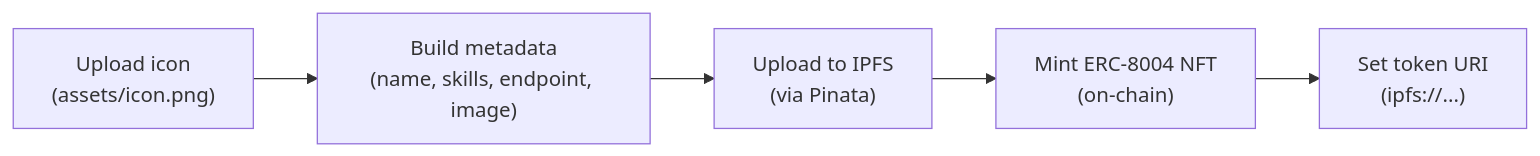
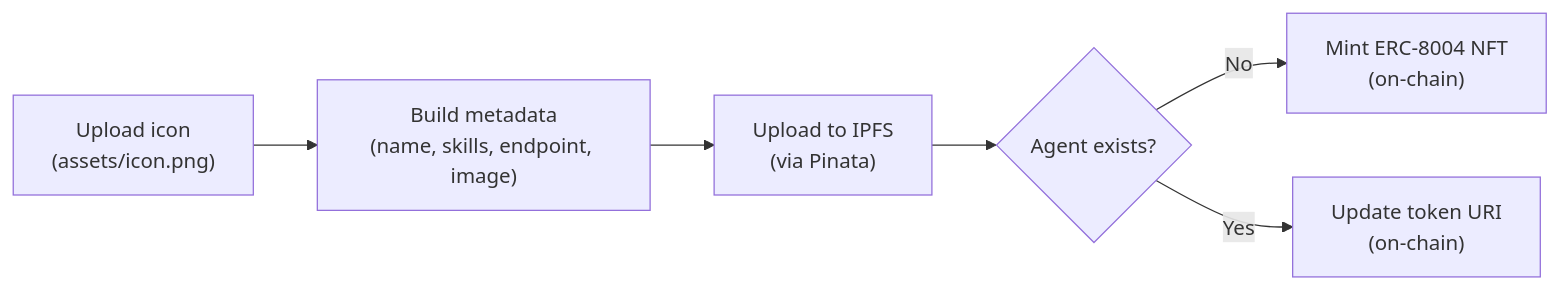
Before and after one commit to wgopar/a2a-x402-agent-template: the third of 4 diagrams in README.md, drawn with Mermaid. The commit also changed other lines of this file and 1 other file, not shown here.

First line of the commit message:
Update README and AGENT.md for CDP facilitator, entrypoints, and bypass-payments

````diff
--- a/README.md
+++ b/README.md
@@ -181,7 +191,8 @@
 ```mermaid
 flowchart LR
     Icon["Upload icon<br/>(assets/icon.png)"] --> Meta["Build metadata<br/>(name, skills, endpoint, image)"]
     Meta --> IPFS["Upload to IPFS<br/>(via Pinata)"]
-    IPFS --> Mint["Mint ERC-8004 NFT<br/>(on-chain)"]
-    Mint --> URI["Set token URI<br/>(ipfs://...)"]
+    IPFS --> Check{"Agent exists?"}
+    Check -->|No| Mint["Mint ERC-8004 NFT<br/>(on-chain)"]
+    Check -->|Yes| Update["Update token URI<br/>(on-chain)"]
 ```
````
